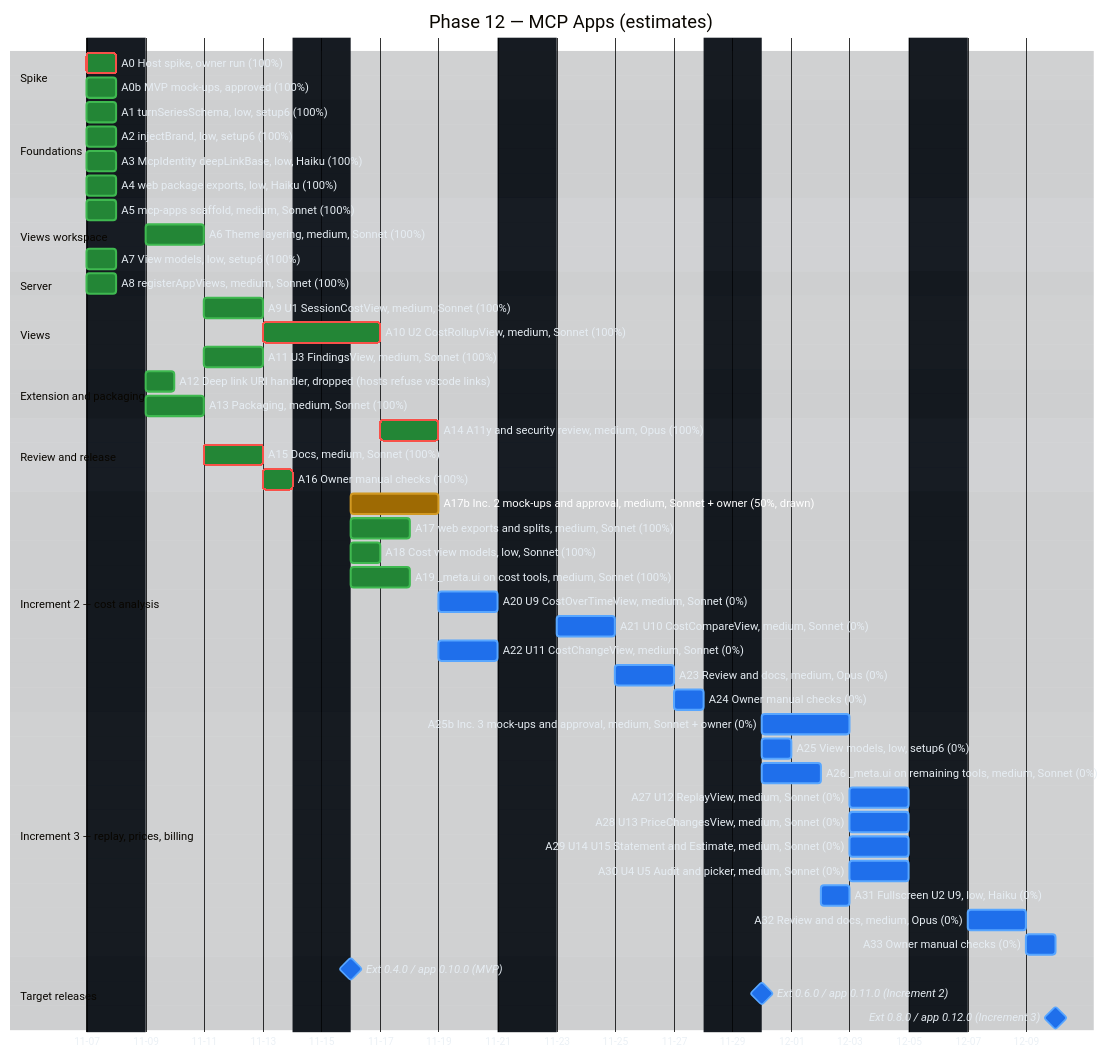
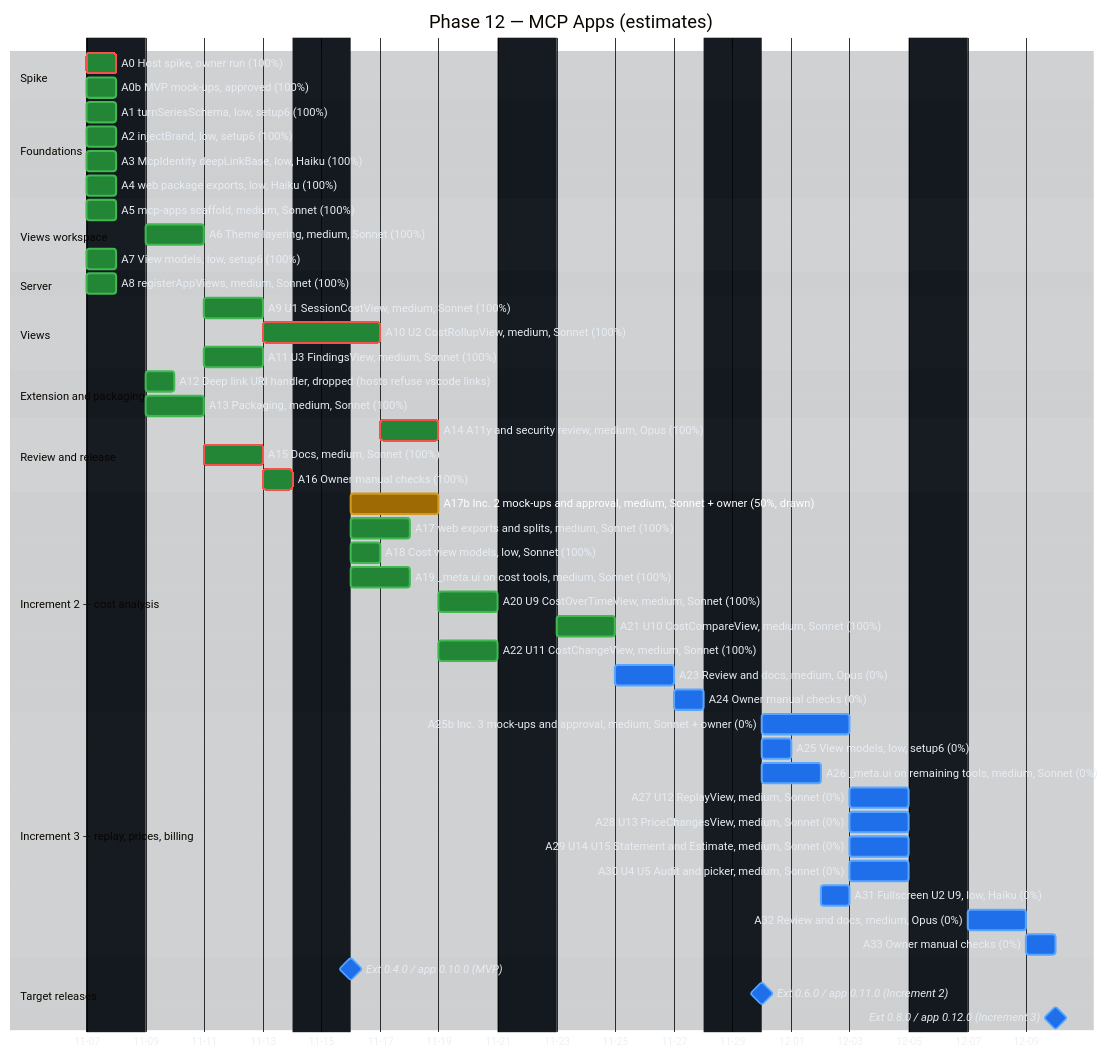
Before and after one commit to raulkivi/agent-cost-analyzer: the second of 2 diagrams in docs/implementation-plan-gantt.md, drawn with Mermaid. The commit also changed other lines of this file and 5 other files, not shown here.

```diff
--- a/docs/implementation-plan-gantt.md
+++ b/docs/implementation-plan-gantt.md
@@ -192,9 +192,9 @@
     A17 web exports and splits, medium, Sonnet (100%) :done, a17, after a16, 2d
     A18 Cost view models, low, Sonnet (100%)      :done, a18, after a16, 1d
     A19 _meta.ui on cost tools, medium, Sonnet (100%) :done, a19, after a16, 2d
-    A20 U9 CostOverTimeView, medium, Sonnet (0%) :a20, after a17 a17b a18 a19, 2d
-    A21 U10 CostCompareView, medium, Sonnet (0%) :a21, after a20, 2d
-    A22 U11 CostChangeView, medium, Sonnet (0%)  :a22, after a17 a17b a18 a19, 2d
+    A20 U9 CostOverTimeView, medium, Sonnet (100%) :done, a20, after a17 a17b a18 a19, 2d
+    A21 U10 CostCompareView, medium, Sonnet (100%) :done, a21, after a20, 2d
+    A22 U11 CostChangeView, medium, Sonnet (100%) :done, a22, after a17 a17b a18 a19, 2d
     A23 Review and docs, medium, Opus (0%)       :a23, after a21 a22, 2d
     A24 Owner manual checks (0%)                 :a24, after a23, 1d
 
```
